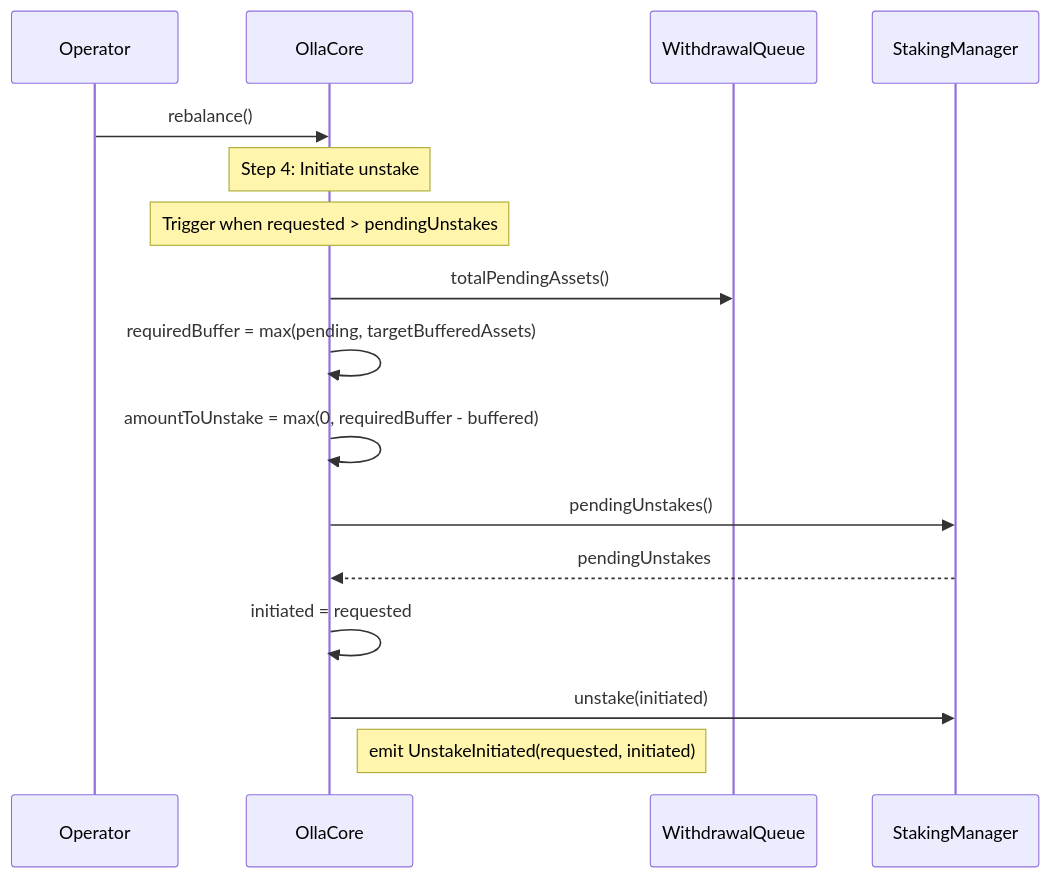
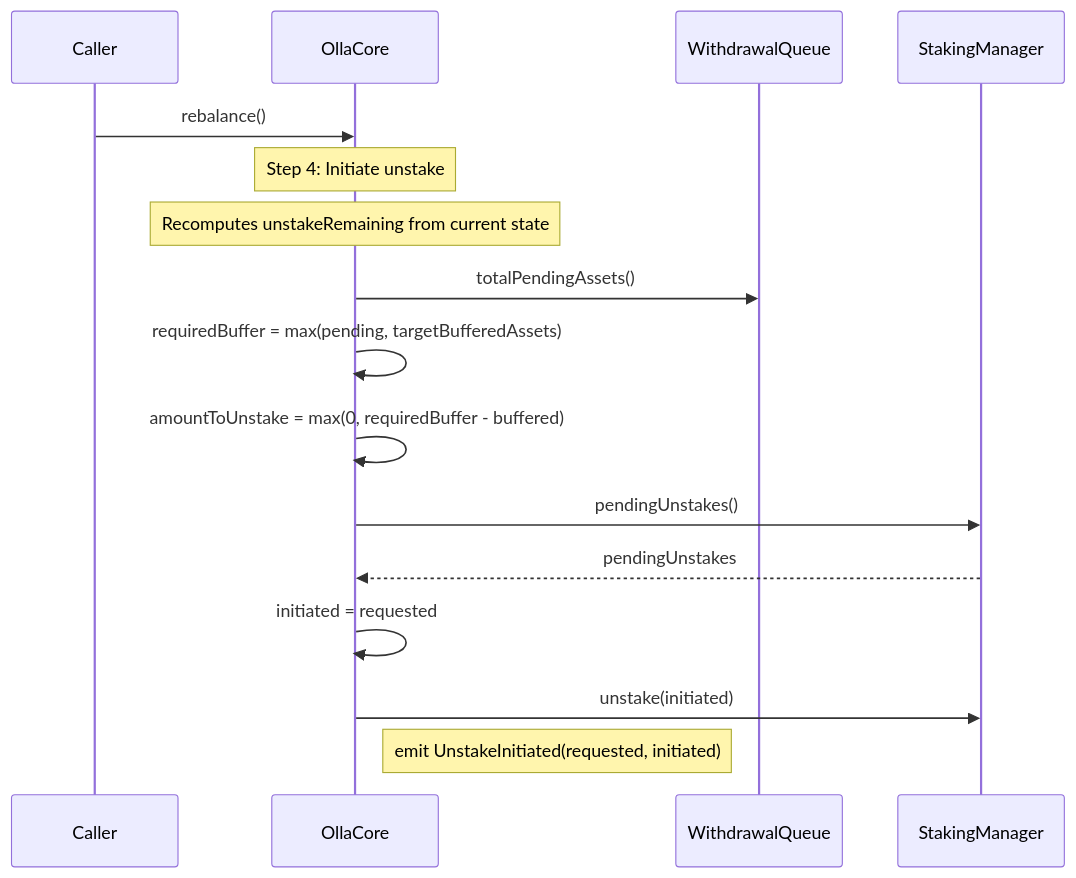
Before and after one commit to ollafinance/core: the fifth of 9 diagrams in docs/operator-actions.md, drawn with Mermaid. The commit also changed other lines of this file and 54 other files, not shown here.

````diff
--- a/docs/operator-actions.md
+++ b/docs/operator-actions.md
@@ -78,19 +97,19 @@
 ```mermaid
 sequenceDiagram
-    participant OP as Operator
+    participant A as Caller
     participant C as OllaCore
     participant WQ as WithdrawalQueue
     participant SM as StakingManager
 
-    OP->>C: rebalance()
+    A->>C: rebalance()
     Note over C: Step 4: Initiate unstake
-    Note over C: Trigger when requested > pendingUnstakes
+    Note over C: Recomputes unstakeRemaining from current state
     C->>WQ: totalPendingAssets()
     C->>C: requiredBuffer = max(pending, targetBufferedAssets)
     C->>C: amountToUnstake = max(0, requiredBuffer - buffered)
     C->>SM: pendingUnstakes()
     SM-->>C: pendingUnstakes
     C->>C: initiated = requested
     C->>SM: unstake(initiated)
     Note right of C: emit UnstakeInitiated(requested, initiated)
 ```
````
